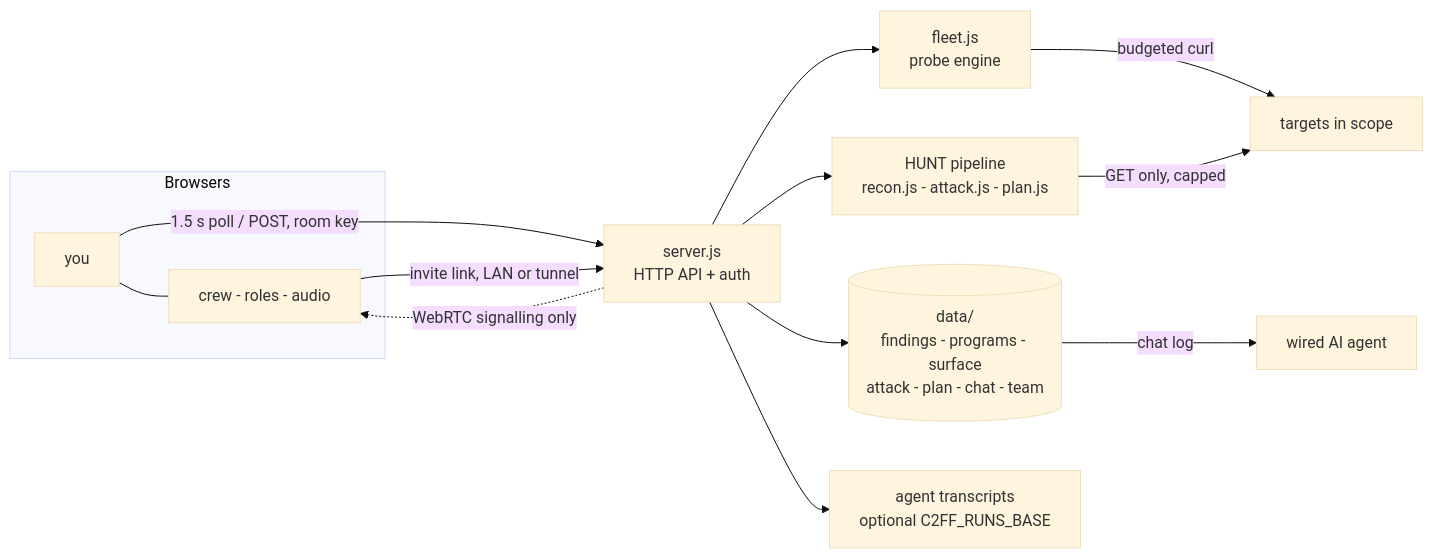
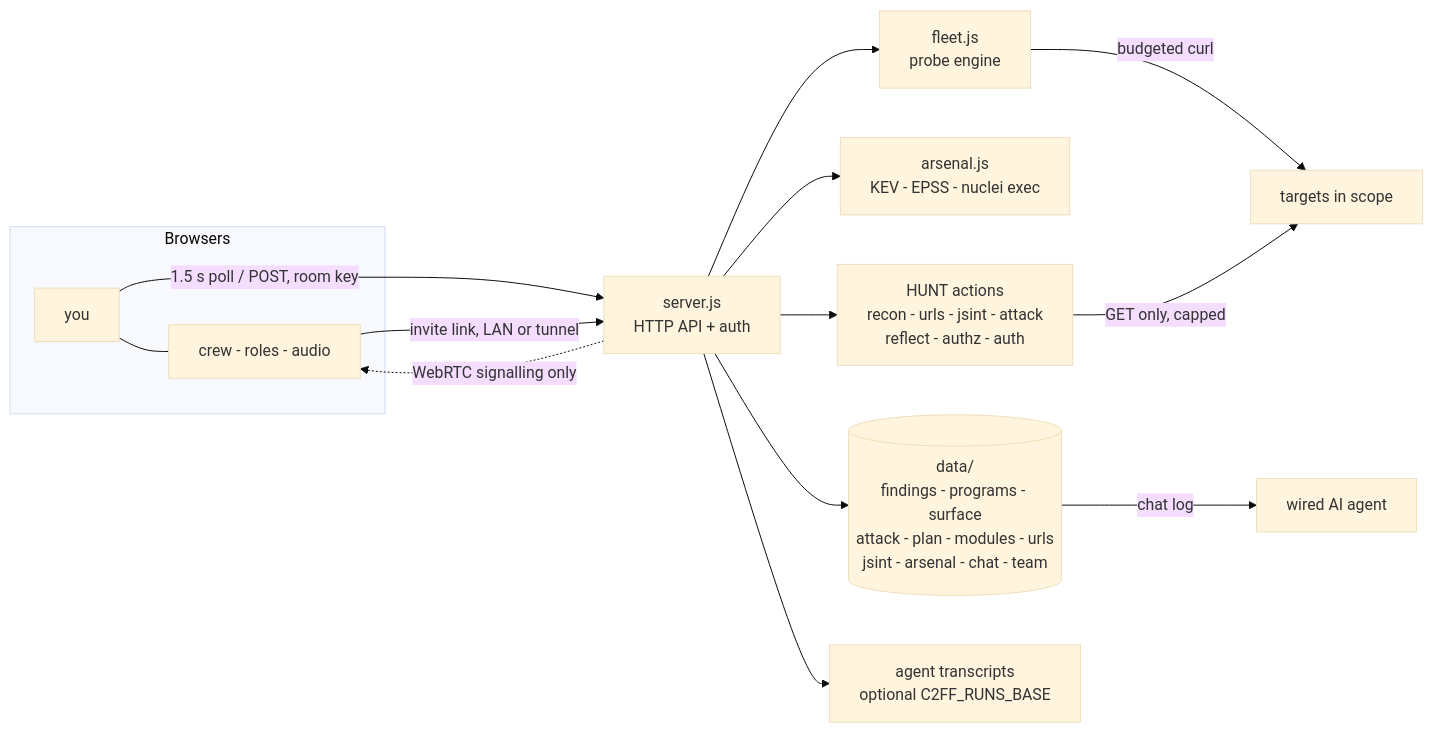
Before and after one commit to C2FF/C2FF: the first of 2 diagrams in README.md, drawn with Mermaid (base theme). The commit also changed other lines of this file and 7 other files, not shown here.

````diff
--- a/README.md
+++ b/README.md
@@ -190,16 +217,17 @@
 ```mermaid
 flowchart LR
     subgraph Browsers
         U1["you"] --- U2["crew - roles - audio"]
     end
     U1 -->|"1.5 s poll / POST, room key"| S["server.js<br/>HTTP API + auth"]
     U2 -->|"invite link, LAN or tunnel"| S
-    S --> H["HUNT pipeline<br/>recon.js - attack.js - plan.js"]
+    S --> H["HUNT actions<br/>recon - urls - jsint - attack<br/>reflect - authz - auth"]
+    S --> A["arsenal.js<br/>KEV - EPSS - nuclei exec"]
     S --> F["fleet.js<br/>probe engine"]
     F -->|"budgeted curl"| T["targets in scope"]
     H -->|"GET only, capped"| T
-    S --> D[("data/<br/>findings - programs - surface<br/>attack - plan - chat - team")]
+    S --> D[("data/<br/>findings - programs - surface<br/>attack - plan - modules - urls<br/>jsint - arsenal - chat - team")]
     S --> R["agent transcripts<br/>optional C2FF_RUNS_BASE"]
-    D -->|"chat log"| A["wired AI agent"]
+    D -->|"chat log"| AG["wired AI agent"]
     S -.->|"WebRTC signalling only"| U2
 ```
````
